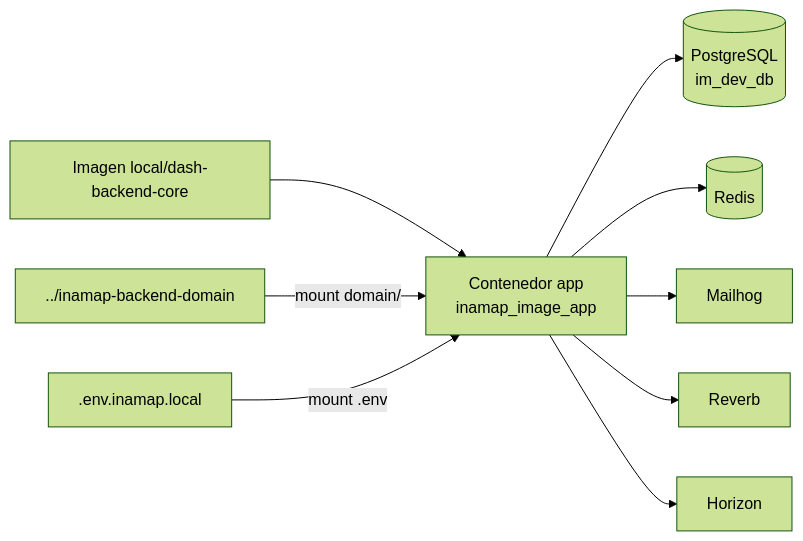
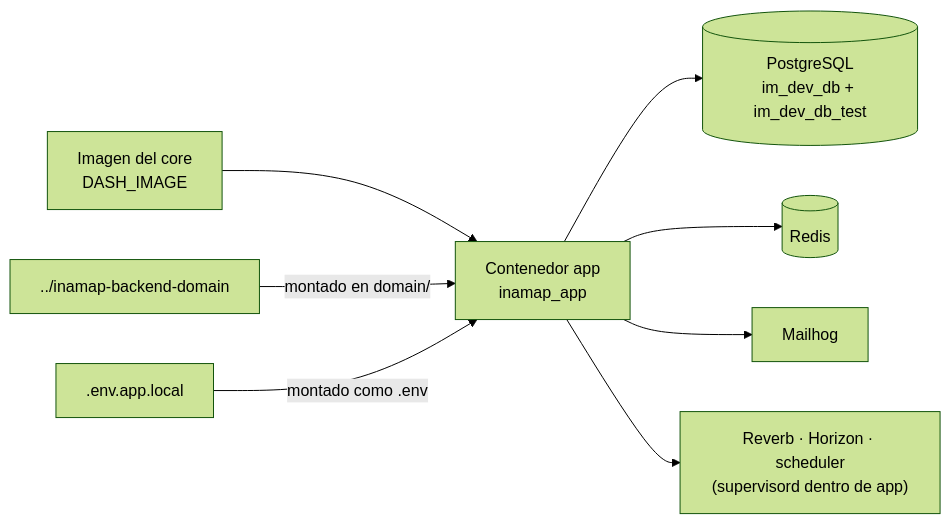
One commit to farandal/inamap-backend-domain changed the seventh of 21 diagrams in README.md. Above: the diagram before and after it, drawn with Mermaid (forest theme). The commit also changed other lines of this file, not shown here.

First line of the commit message:
docs: finalize INAMAP domain specification

````diff
--- a/README.md
+++ b/README.md
@@ -553,11 +636,10 @@
 ```mermaid
 flowchart LR
-    CORE["Imagen local/dash-backend-core"] --> APPC["Contenedor app<br/>inamap_image_app"]
-    DOM["../inamap-backend-domain"] -->|"mount domain/"| APPC
-    ENV[".env.inamap.local"] -->|"mount .env"| APPC
-    APPC --> PG[("PostgreSQL<br/>im_dev_db")]
+    IMG["Imagen del core<br/>DASH_IMAGE"] --> APPC["Contenedor app<br/>inamap_app"]
+    DOM["../inamap-backend-domain"] -->|"montado en domain/"| APPC
+    ENV[".env.app.local"] -->|"montado como .env"| APPC
+    APPC --> PG[("PostgreSQL<br/>im_dev_db + im_dev_db_test")]
     APPC --> RD[("Redis")]
     APPC --> MH["Mailhog"]
-    APPC --> RV["Reverb"]
-    APPC --> HZ["Horizon"]
+    APPC --> RV["Reverb · Horizon · scheduler<br/>(supervisord dentro de app)"]
 ```
````
